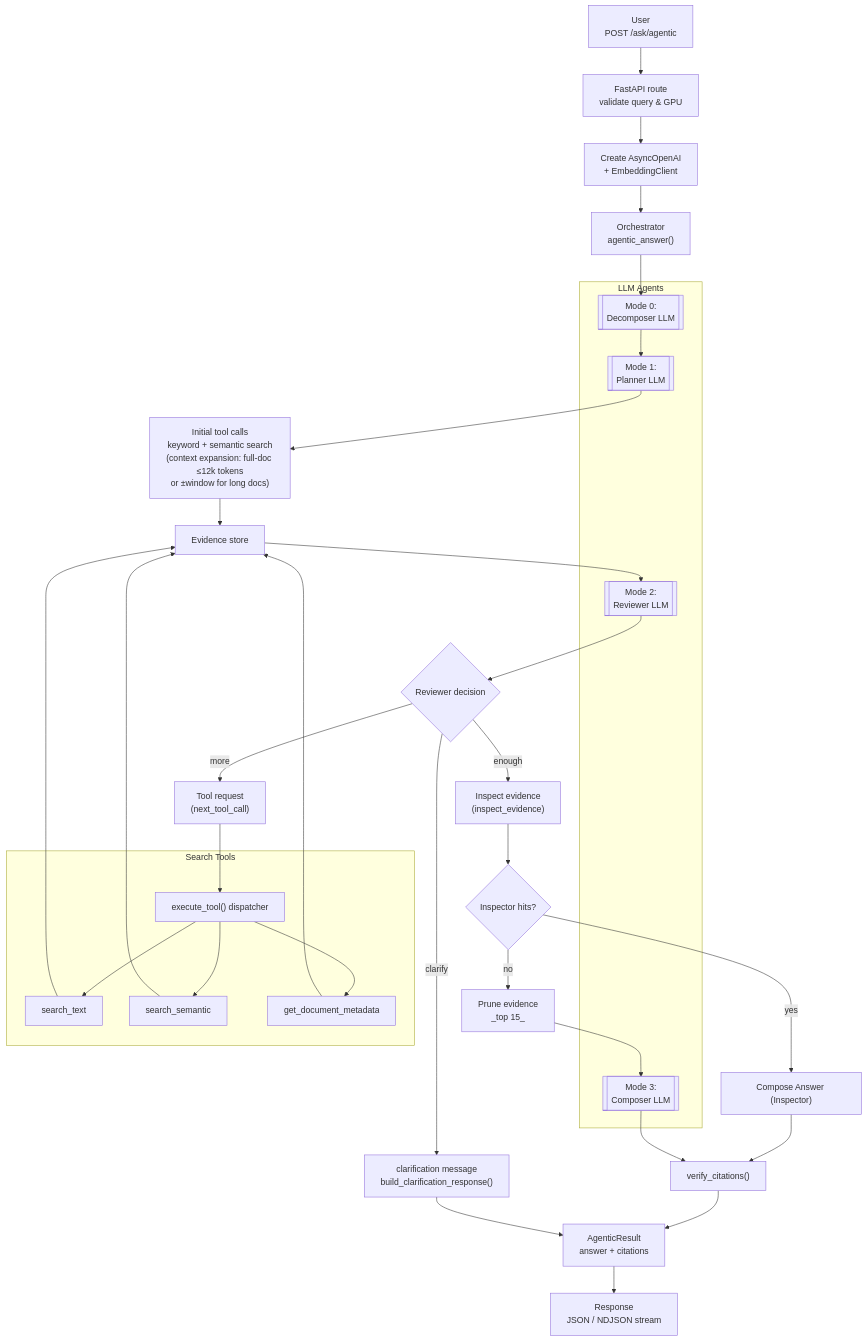
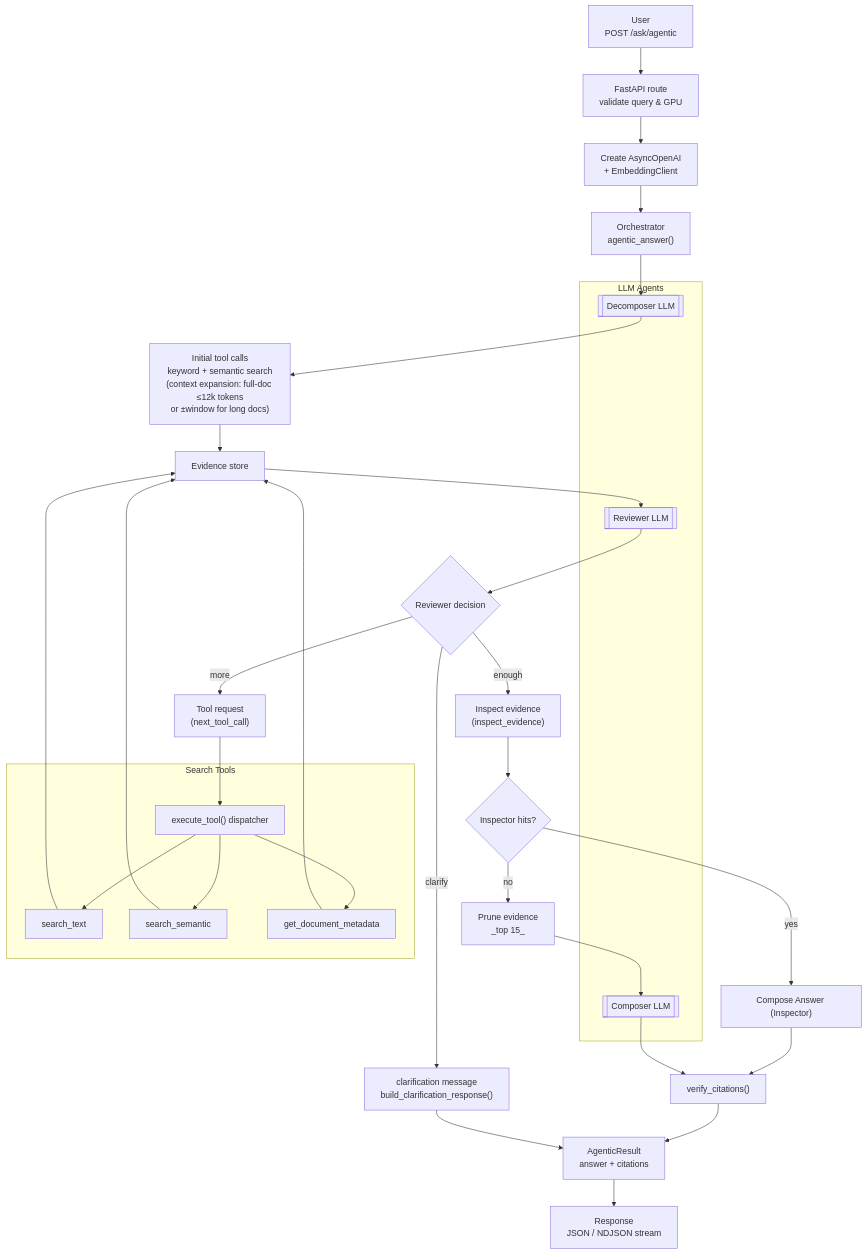
One commit to nobody-qwert/doc-chat changed the diagram in docs/agentic_flow.md. Above: the diagram before and after it, drawn with Mermaid. The commit also changed other lines of this file and 4 other files, not shown here.

````diff
--- a/docs/agentic_flow.md
+++ b/docs/agentic_flow.md
@@ -7,43 +7,41 @@
 ```mermaid
 flowchart TD
     U["User\nPOST /ask/agentic"] --> R["FastAPI route\nvalidate query & GPU"]
     R --> C["Create AsyncOpenAI\n+ EmbeddingClient"]
     C --> O["Orchestrator\nagentic_answer()"]
 
     subgraph "LLM Agents"
-        D[[Mode 0:\nDecomposer LLM]]
-        P[[Mode 1:\nPlanner LLM]]
-        RV[[Mode 2:\nReviewer LLM]]
-        CA[[Mode 3:\nComposer LLM]]
+        D[[Decomposer LLM]]
+        RV[[Reviewer LLM]]
+        CA[[Composer LLM]]
     end
 
     O --> D
-    D --> P
-    P --> I["Initial tool calls\nkeyword + semantic search\n(context expansion: full-doc ≤12k tokens\nor ±window for long docs)"]
+    D --> I["Initial tool calls\nkeyword + semantic search\n(context expansion: full-doc ≤12k tokens\nor ±window for long docs)"]
     I --> E["Evidence store"]
     E --> RV
     RV --> T{Reviewer decision}
     T -- "clarify" --> CL["clarification message\nbuild_clarification_response()"]
     T -- "enough" --> INS["Inspect evidence\n(inspect_evidence)"]
     T -- "more" --> M["Tool request\n(next_tool_call)"]
     M --> TD["execute_tool() dispatcher"]
 
     subgraph "Search Tools"
         TD --> ST["search_text"]
         TD --> SS["search_semantic"]
         TD --> MD["get_document_metadata"]
     end
 
     ST --> E
     SS --> E
     MD --> E
     INS --> H{"Inspector hits?"}
     H -- "yes" --> CAI["Compose Answer (Inspector)"]
     H -- "no" --> PR["Prune evidence\n_top 15_"]
     PR --> CA
     CAI --> VC
     CA --> VC["verify_citations()"]
     VC --> RESP["AgenticResult\nanswer + citations"]
     CL --> RESP
     RESP --> S["Response\nJSON / NDJSON stream"]
 ```
````
